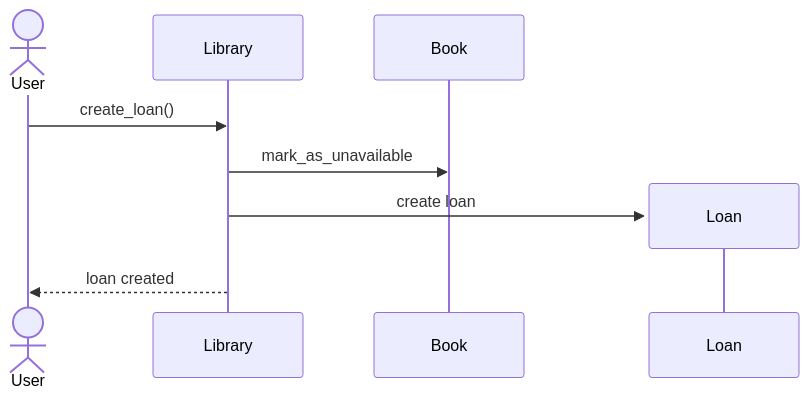
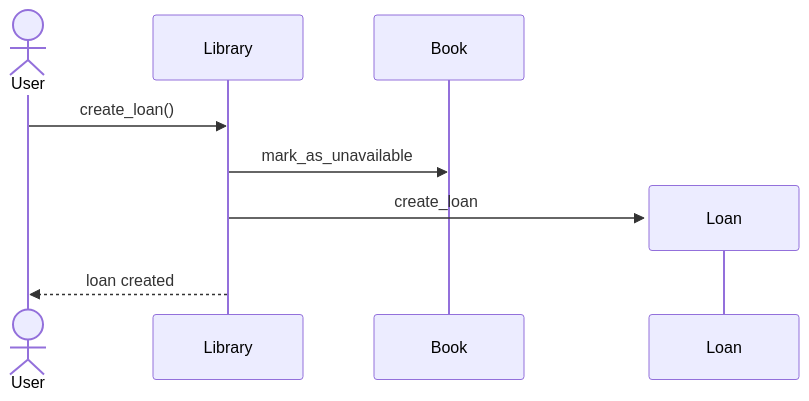
Before and after one commit to The-TO/holbertonschool-sw_design_architecture: the diagram in uml_intro/1-sequence_diagram.mmd, drawn with Mermaid.

Commit message:
Fix sequence diagram for loan creation by standardizing method name to create_loan

```diff
--- a/uml_intro/1-sequence_diagram.mmd
+++ b/uml_intro/1-sequence_diagram.mmd
@@ -1,10 +1,10 @@
 sequenceDiagram
 actor User
 participant Library
 participant Book
 
 User ->> Library : create_loan()
 Library ->> Book : mark_as_unavailable
 create participant Loan
-Library ->> Loan : create loan
+Library ->> Loan : create_loan
 Library -->> User : loan created
```
